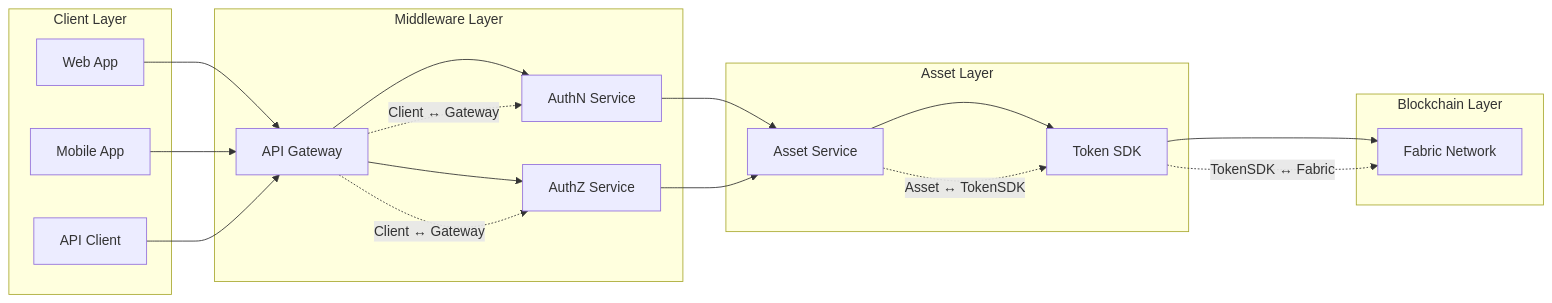
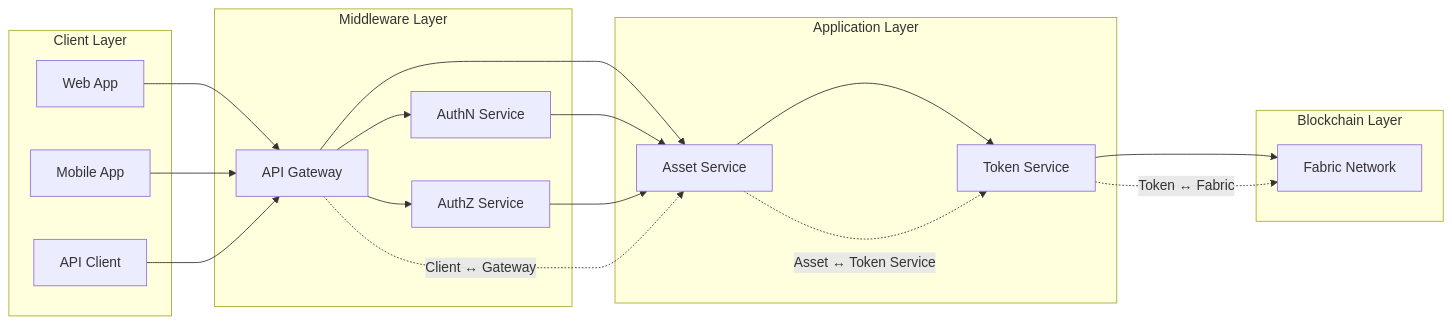
One commit to metafi-blockchain/metafi-digital-assets-service changed the first of 9 diagrams in rd-digital-asset-service-clean.md. Above: the diagram before and after it, drawn with Mermaid. The commit also changed other lines of this file, not shown here.

````diff
--- a/rd-digital-asset-service-clean.md
+++ b/rd-digital-asset-service-clean.md
@@ -37,41 +37,42 @@
 ```mermaid
 graph LR
     subgraph "Client Layer"
         Web[Web App]
         Mobile[Mobile App]
         API[API Client]
     end
 
     subgraph "Middleware Layer"
         Gateway[API Gateway]
         AuthN[AuthN Service]
         AuthZ[AuthZ Service]
     end
 
-    subgraph "Asset Layer"
+    subgraph "Application Layer"
         Asset[Asset Service]
-        TokenSDK[Token SDK]
+        Token[Token Service]
     end
 
     subgraph "Blockchain Layer"
         Fabric[Fabric Network]
     end
 
     Web --> Gateway
     Mobile --> Gateway
     API --> Gateway
 
     Gateway --> AuthN
     Gateway --> AuthZ
+    Gateway --> Asset
+
     AuthN --> Asset
     AuthZ --> Asset
 
-    Asset --> TokenSDK
-    TokenSDK --> Fabric
+    Asset --> Token
+    Token --> Fabric
 
     %% Interface Labels
-    Gateway -.->|"Client ↔ Gateway"| AuthN
-    Gateway -.->|"Client ↔ Gateway"| AuthZ
-    Asset -.->|"Asset ↔ TokenSDK"| TokenSDK
-    TokenSDK -.->|"TokenSDK ↔ Fabric"| Fabric
+    Gateway -.->|"Client ↔ Gateway"| Asset
+    Asset -.->|"Asset ↔ Token Service"| Token
+    Token -.->|"Token ↔ Fabric"| Fabric
 ```
````
